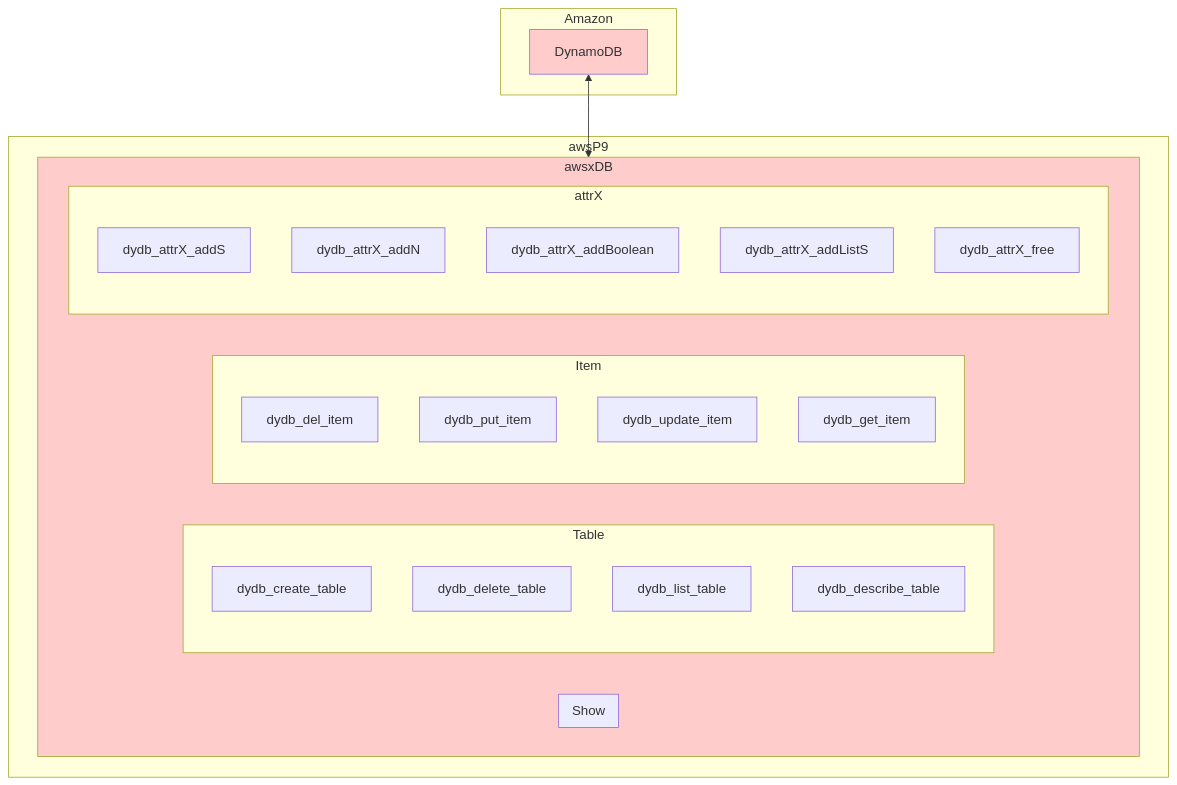
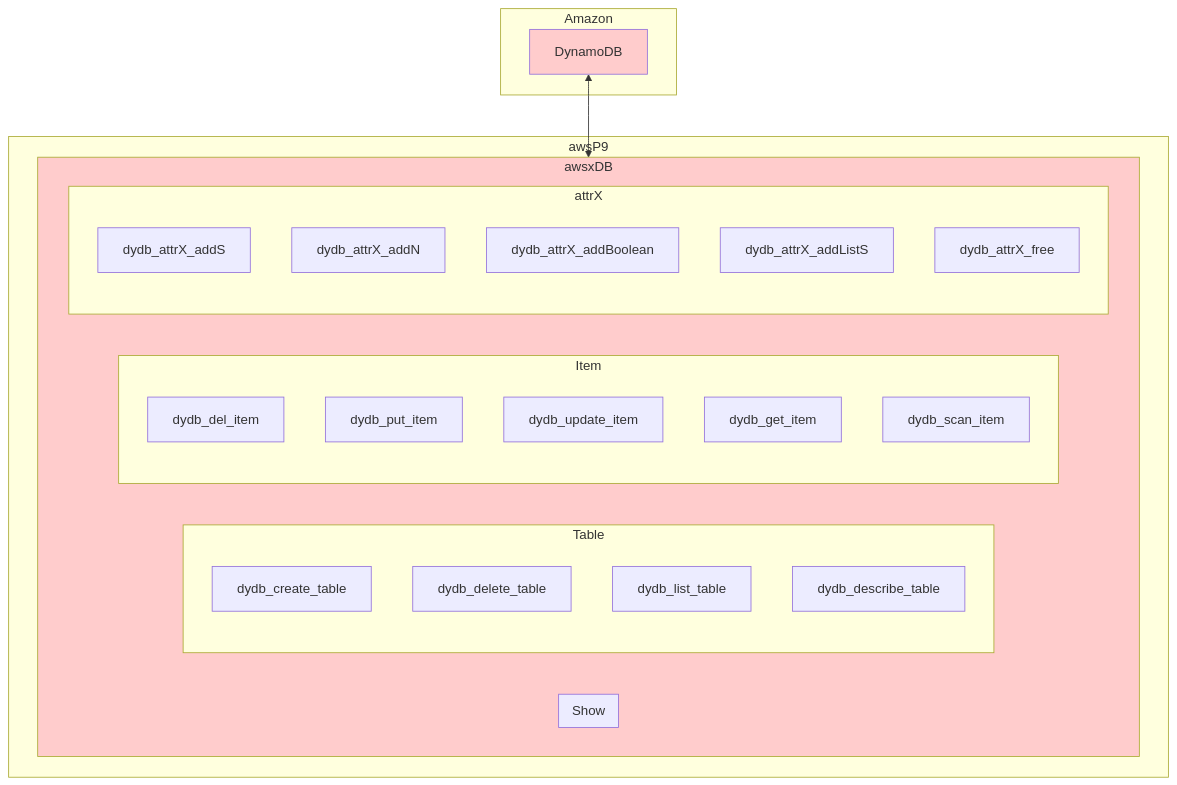
One commit to lankahsu520/awsP9 changed the first of 2 diagrams in README.md. Above: the diagram before and after it, drawn with Mermaid. The commit also changed 2 other files, not shown here.

Commit message:
for DynamoDB, add def dydb_scan_item(self, TableName="", **kwargs)

````diff
--- a/README.md
+++ b/README.md
@@ -15,50 +15,50 @@
 ```mermaid
 flowchart TD
 	subgraph Amazon
 		DynamoDB
 	end
 
 	subgraph awsP9
 		subgraph awsxDB
 			subgraph Show
 				
 
 
 
 			end
 			subgraph Table
 				dydb_create_table
 				dydb_delete_table
 				dydb_list_table
 				dydb_describe_table
 			end
 
 			subgraph Item
 				dydb_del_item
 				dydb_put_item
 				dydb_update_item
 
 				dydb_get_item
 
-
+				dydb_scan_item
 			end
 			
 			subgraph attrX
 				dydb_attrX_addS
 				dydb_attrX_addN
 				dydb_attrX_addBoolean
 				dydb_attrX_addListS
 				dydb_attrX_free
 			end
 		end
 	end
 	DynamoDB <--> awsxDB
 
 	classDef yellow fill:#FFFFCC
 	classDef pink fill:#FFCCCC
 	classDef blue fill:#0000FF
 	classDef lightblue fill:#ADD8E6
 
 	class DynamoDB pink
 	class awsxDB pink
 ```
````
